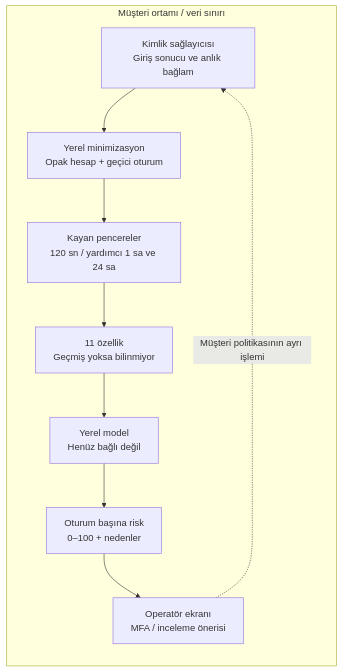
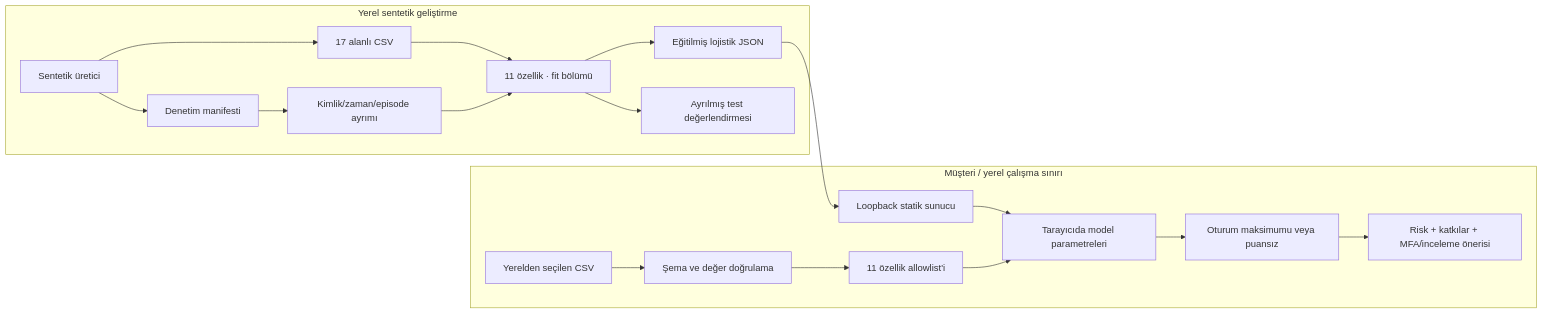
The diagram in docs/architecture.md (can-yazicioglu/Kor), drawn with Mermaid before and after one commit. The commit also changed other lines of this file and 45 other files, not shown here.

````diff
--- a/docs/architecture.md
+++ b/docs/architecture.md
@@ -7,14 +7,21 @@
 ```mermaid
 flowchart LR
-  subgraph customer["Müşteri ortamı / veri sınırı"]
-    IDP["Kimlik sağlayıcısı\nGiriş sonucu ve anlık bağlam"]
-    MIN["Yerel minimizasyon\nOpak hesap + geçici oturum"]
-    WIN["Kayan pencereler\n120 sn / yardımcı 1 sa ve 24 sa"]
-    FEAT["11 özellik\nGeçmiş yoksa bilinmiyor"]
-    MODEL["Yerel model\nHenüz bağlı değil"]
-    AGG["Oturum başına risk\n0–100 + nedenler"]
-    UI["Operatör ekranı\nMFA / inceleme önerisi"]
-    IDP --> MIN --> WIN --> FEAT --> MODEL --> AGG --> UI
+  subgraph development["Yerel sentetik geliştirme"]
+    G["Sentetik üretici"] --> CSV["17 alanlı CSV"]
+    G --> MAN["Denetim manifesti"]
+    CSV --> TRAIN["11 özellik · fit bölümü"]
+    MAN --> AUDIT["Kimlik/zaman/episode ayrımı"]
+    AUDIT --> TRAIN
+    TRAIN --> JSON["Eğitilmiş lojistik JSON"]
+    TRAIN --> EVAL["Ayrılmış test değerlendirmesi"]
   end
-  UI -. "Müşteri politikasının ayrı işlemi" .-> IDP
+  subgraph local["Müşteri / yerel çalışma sınırı"]
+    JSON --> SERVER["Loopback statik sunucu"]
+    SERVER --> BROWSER["Tarayıcıda model parametreleri"]
+    FILE["Yerelden seçilen CSV"] --> PARSE["Şema ve değer doğrulama"]
+    PARSE --> FEATURES["11 özellik allowlist'i"]
+    FEATURES --> BROWSER
+    BROWSER --> SESSION["Oturum maksimumu veya puansız"]
+    SESSION --> UI["Risk + katkılar + MFA/inceleme önerisi"]
+  end
 ```
````
